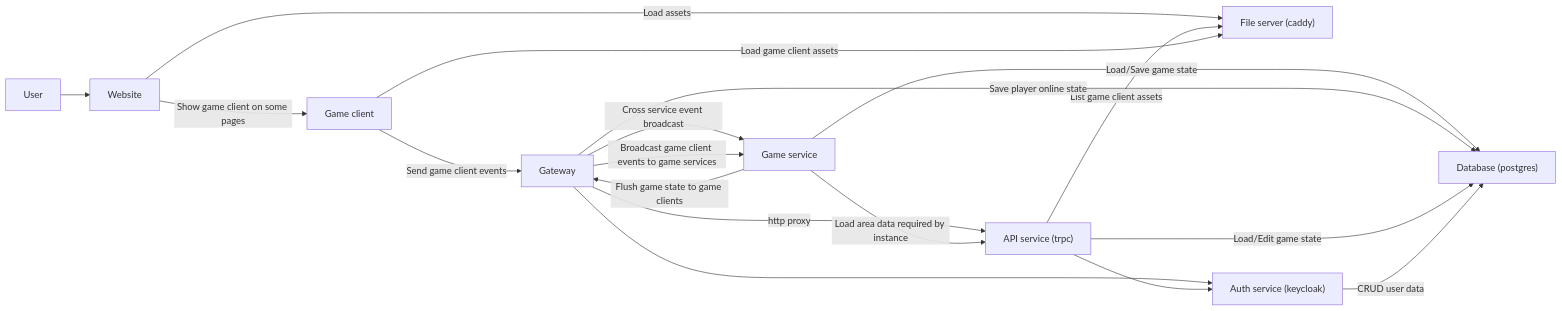
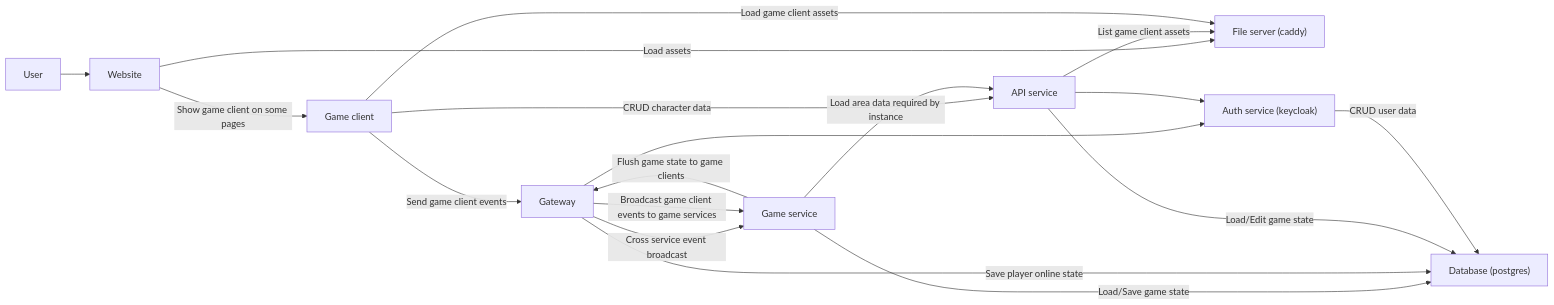
One commit to kasper573/mp changed the diagram in readme.md. Above: the diagram before and after it, drawn with Mermaid. The commit also changed 7 other files, not shown here.

Commit message:
let proxy handle cors and api proxy

````diff
--- a/readme.md
+++ b/readme.md
@@ -147,27 +147,27 @@
 ```mermaid
 flowchart LR
   User --> WEB["Website"]
 
   GC -->|Send game client events| GW["Gateway"]
 
   GW -->|Cross service event broadcast| GS["Game service"]
   GW -->|Broadcast game client events to game services| GS
   GS -->|Flush game state to game clients| GW
 
   WEB -->|Show game client on some pages| GC["Game client"]
 
-  GW -->|http proxy| Api["API service (trpc)"]
-  GS -->|Load area data required by instance| Api
+  GC -->|CRUD character data| API["API service"]
+  GS -->|Load area data required by instance| API
 
   WEB -->|Load assets| FS["File server (caddy)"]
-  Api -->|List game client assets| FS
+  API -->|List game client assets| FS
   GC -->|Load game client assets| FS
 
   GW --> KC["Auth service (keycloak)"]
-  Api --> KC
+  API --> KC
 
   GS -->|Load/Save game state| DB["Database (postgres)"]
   GW -->|Save player online state| DB
-  Api -->|Load/Edit game state| DB
+  API -->|Load/Edit game state| DB
   KC -->|CRUD user data| DB
 ```
````
